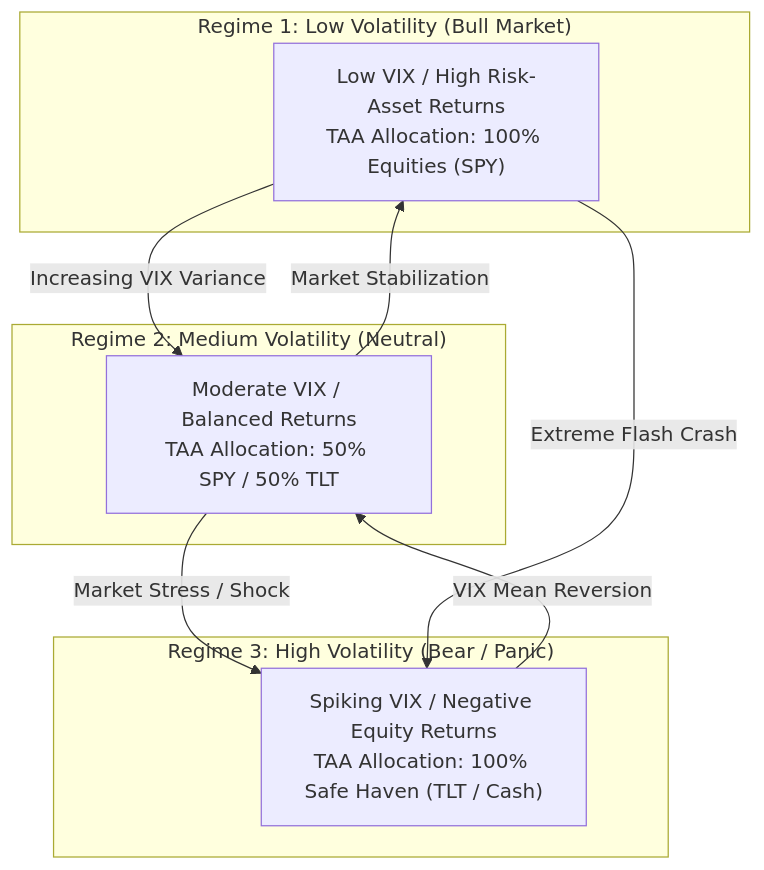
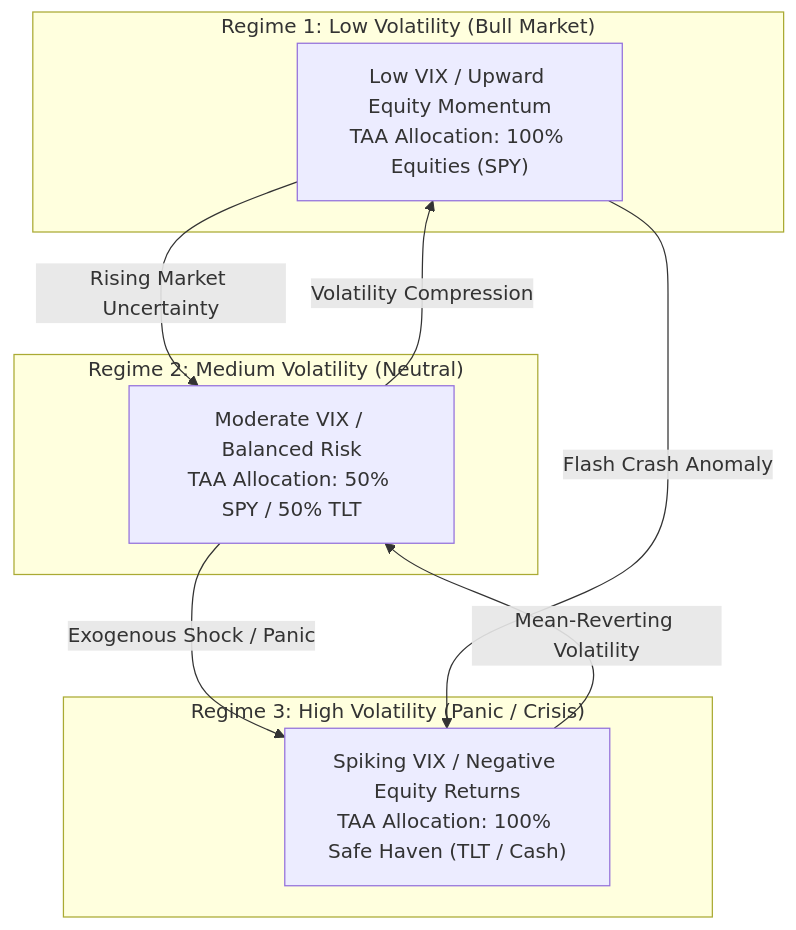
One commit to eggieinquant/wqu changed the third of 4 diagrams in 03_stochastic_modelling/README.md. Above: the diagram before and after it, drawn with Mermaid. The commit also changed other lines of this file and 6 other files, not shown here.

Commit message:
docs: overhaul and standardize READMEs across all MScFE modules (01-08) with Mermaid architectures, LaTeX formulas, and complete lesson mappings

````diff
--- a/03_stochastic_modelling/README.md
+++ b/03_stochastic_modelling/README.md
@@ -19,20 +60,20 @@
 ```mermaid
 flowchart TD
     subgraph Bull ["Regime 1: Low Volatility (Bull Market)"]
-        R1["Low VIX / High Risk-Asset Returns<br/>TAA Allocation: 100% Equities (SPY)"]
+        R1["Low VIX / Upward Equity Momentum<br/>TAA Allocation: 100% Equities (SPY)"]
     end
     
     subgraph Neutral ["Regime 2: Medium Volatility (Neutral)"]
-        R2["Moderate VIX / Balanced Returns<br/>TAA Allocation: 50% SPY / 50% TLT"]
+        R2["Moderate VIX / Balanced Risk<br/>TAA Allocation: 50% SPY / 50% TLT"]
     end
     
-    subgraph Bear ["Regime 3: High Volatility (Bear / Panic)"]
+    subgraph Bear ["Regime 3: High Volatility (Panic / Crisis)"]
         R3["Spiking VIX / Negative Equity Returns<br/>TAA Allocation: 100% Safe Haven (TLT / Cash)"]
     end
     
-    R1 -->|"Increasing VIX Variance"| R2
-    R2 -->|"Market Stress / Shock"| R3
-    R3 -->|"VIX Mean Reversion"| R2
-    R2 -->|"Market Stabilization"| R1
-    R1 -->|"Extreme Flash Crash"| R3
+    R1 -->|"Rising Market Uncertainty"| R2
+    R2 -->|"Exogenous Shock / Panic"| R3
+    R3 -->|"Mean-Reverting Volatility"| R2
+    R2 -->|"Volatility Compression"| R1
+    R1 -->|"Flash Crash Anomaly"| R3
 ```
````
